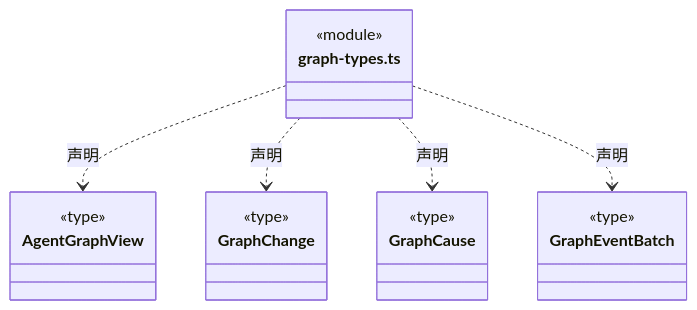
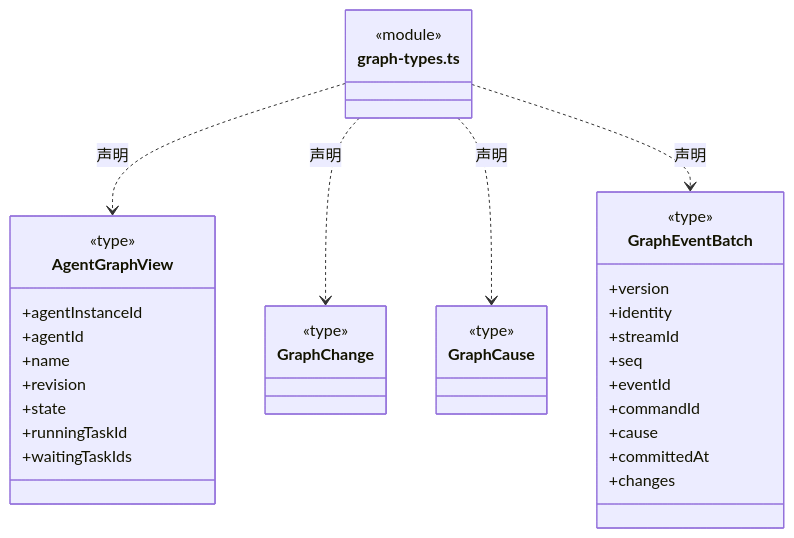
Before and after one commit to nan023062/cbim: diagram 18 of 34 in src/backend/core/tasks/ARCHITECTURE.md, drawn with Mermaid. The commit also changed other lines of this file and 240 other files, not shown here.

````diff
--- a/src/backend/core/tasks/ARCHITECTURE.md
+++ b/src/backend/core/tasks/ARCHITECTURE.md
@@ -247,26 +470,40 @@
 ```mermaid
 classDiagram
 class N_src_backend_core_tasks_graph_types_ts["graph-types.ts"] {
   <<module>>
 }
 class N_src_backend_core_tasks_graph_types_ts_AgentGraphView["AgentGraphView"] {
   <<type>>
-
+  +agentInstanceId
+  +agentId
+  +name
+  +revision
+  +state
+  +runningTaskId
+  +waitingTaskIds
 }
 N_src_backend_core_tasks_graph_types_ts ..> N_src_backend_core_tasks_graph_types_ts_AgentGraphView : 声明
 class N_src_backend_core_tasks_graph_types_ts_GraphChange["GraphChange"] {
   <<type>>
 
 }
 N_src_backend_core_tasks_graph_types_ts ..> N_src_backend_core_tasks_graph_types_ts_GraphChange : 声明
 class N_src_backend_core_tasks_graph_types_ts_GraphCause["GraphCause"] {
   <<type>>
 
 }
 N_src_backend_core_tasks_graph_types_ts ..> N_src_backend_core_tasks_graph_types_ts_GraphCause : 声明
 class N_src_backend_core_tasks_graph_types_ts_GraphEventBatch["GraphEventBatch"] {
   <<type>>
-
+  +version
+  +identity
+  +streamId
+  +seq
+  +eventId
+  +commandId
+  +cause
+  +committedAt
+  +changes
 }
 N_src_backend_core_tasks_graph_types_ts ..> N_src_backend_core_tasks_graph_types_ts_GraphEventBatch : 声明
 ```
````
